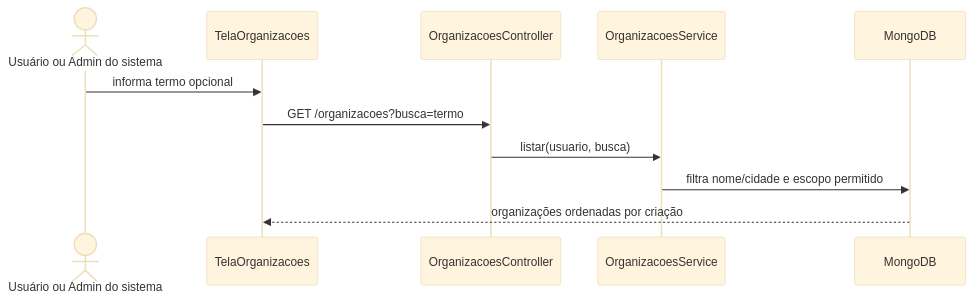
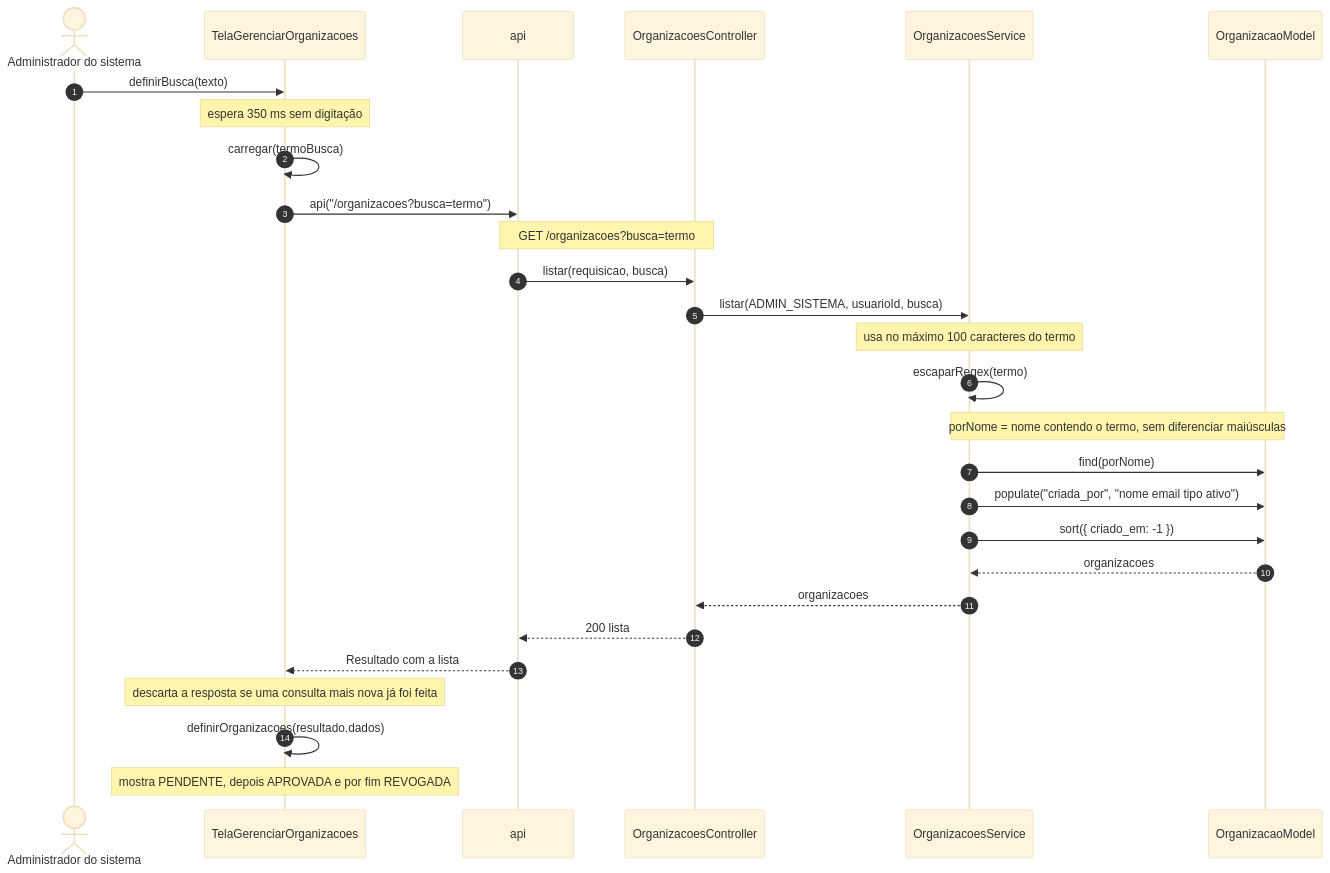
The third of 15 diagrams in 2 - Incremento1/cadastro-organizacao/6 - diagramas-sequencia-cadastro-organizacao.md (Conecta-IFSP/DOCUMENTATION), drawn with Mermaid (base theme) before and after one commit. The commit also changed other lines of this file and 54 other files, not shown here.

````diff
--- a/2 - Incremento1/cadastro-organizacao/6 - diagramas-sequencia-cadastro-organizacao.md
+++ b/2 - Incremento1/cadastro-organizacao/6 - diagramas-sequencia-cadastro-organizacao.md
@@ -30,13 +95,30 @@
 ```mermaid
 sequenceDiagram
-    actor U as Usuário ou Admin do sistema
-    participant T as TelaOrganizacoes
+    autonumber
+    actor U as Administrador do sistema
+    participant T as TelaGerenciarOrganizacoes
+    participant A as api
     participant C as OrganizacoesController
     participant S as OrganizacoesService
-    participant DB as MongoDB
-    U->>T: informa termo opcional
-    T->>C: GET /organizacoes?busca=termo
-    C->>S: listar(usuario, busca)
-    S->>DB: filtra nome/cidade e escopo permitido
-    DB-->>T: organizações ordenadas por criação
+    participant M as OrganizacaoModel
+    U->>T: definirBusca(texto)
+    Note over T: espera 350 ms sem digitação
+    T->>T: carregar(termoBusca)
+    T->>A: api("/organizacoes?busca=termo")
+    Note over A,C: GET /organizacoes?busca=termo
+    A->>C: listar(requisicao, busca)
+    C->>S: listar(ADMIN_SISTEMA, usuarioId, busca)
+    Note over S: usa no máximo 100 caracteres do termo
+    S->>S: escaparRegex(termo)
+    Note over S,M: porNome = nome contendo o termo, sem diferenciar maiúsculas
+    S->>M: find(porNome)
+    S->>M: populate("criada_por", "nome email tipo ativo")
+    S->>M: sort({ criado_em: -1 })
+    M-->>S: organizacoes
+    S-->>C: organizacoes
+    C-->>A: 200 lista
+    A-->>T: Resultado com a lista
+    Note over T: descarta a resposta se uma consulta mais nova já foi feita
+    T->>T: definirOrganizacoes(resultado.dados)
+    Note over T: mostra PENDENTE, depois APROVADA e por fim REVOGADA
 ```
````
